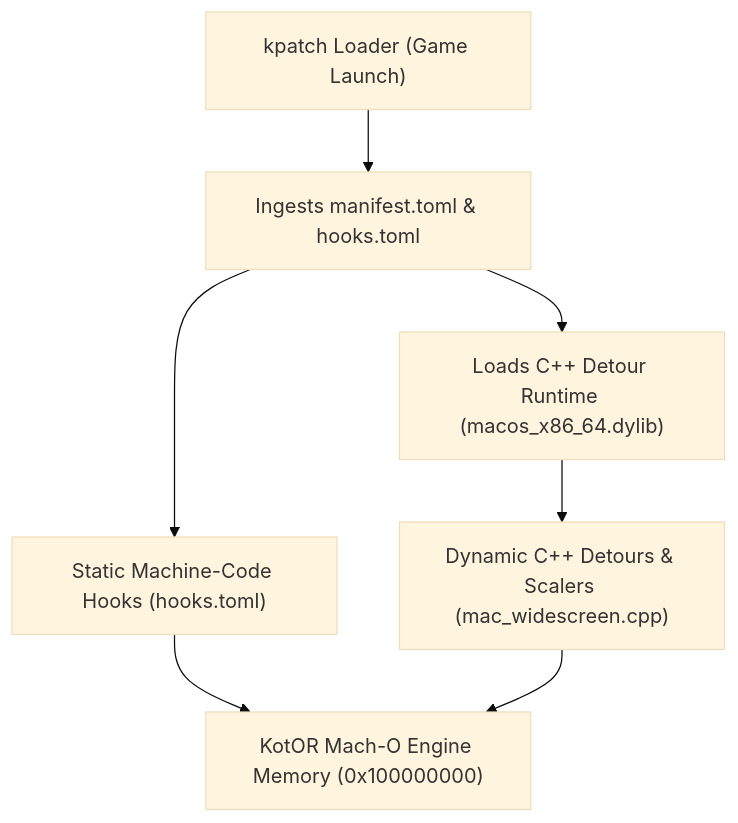
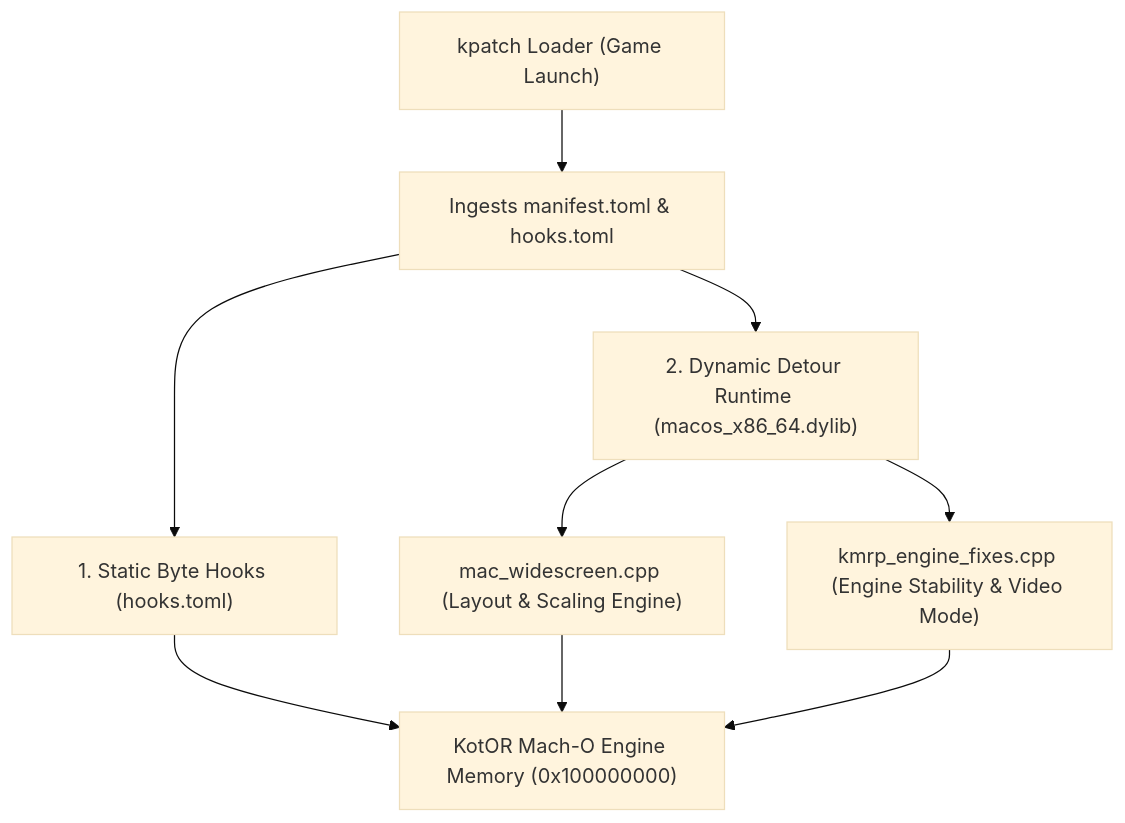
Before and after one commit to LaneDibello/Kotor-Patch-Manager: the diagram in Patches/K1WidescreenPatch/README.md, drawn with Mermaid (base theme). The commit also changed other lines of this file, not shown here.

````diff
--- a/Patches/K1WidescreenPatch/README.md
+++ b/Patches/K1WidescreenPatch/README.md
@@ -83,9 +94,11 @@
 ```mermaid
 flowchart TD
     Launcher["kpatch Loader (Game Launch)"] --> Ingest["Ingests manifest.toml & hooks.toml"]
-    Ingest --> StaticHooks["Static Machine-Code Hooks (hooks.toml)"]
-    Ingest --> DylibLoad["Loads C++ Detour Runtime (macos_x86_64.dylib)"]
+    Ingest --> StaticHooks["1. Static Byte Hooks (hooks.toml)"]
+    Ingest --> DylibLoad["2. Dynamic Detour Runtime (macos_x86_64.dylib)"]
+    DylibLoad --> WidescreenCpp["mac_widescreen.cpp (Layout & Scaling Engine)"]
+    DylibLoad --> KmrpCpp["kmrp_engine_fixes.cpp (Engine Stability & Video Mode)"]
     StaticHooks --> EngineMemory["KotOR Mach-O Engine Memory (0x100000000)"]
-    DylibLoad --> CppDetours["Dynamic C++ Detours & Scalers (mac_widescreen.cpp)"]
-    CppDetours --> EngineMemory
+    WidescreenCpp --> EngineMemory
+    KmrpCpp --> EngineMemory
 ```
````
